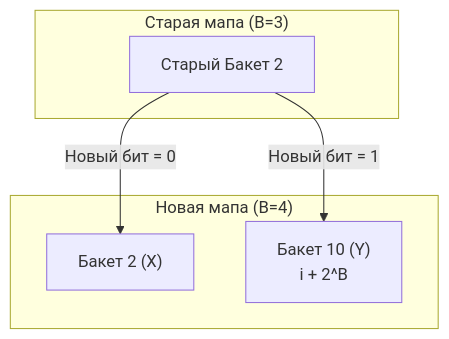
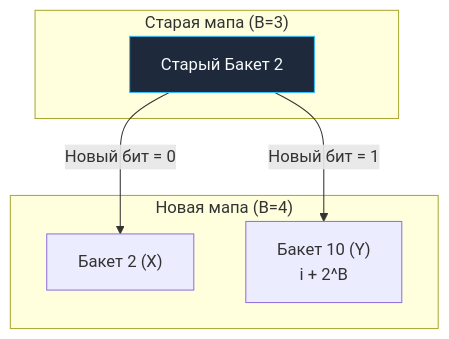
Before and after one commit to UnrealTemplier/go-textbook: the third of 3 diagrams in sources/7. Глубокий Go (Внутреннее устройство)/32. Рост и эвакуация map.md, drawn with Mermaid. The commit also changed other lines of this file and 1666 other files, not shown here.

First line of the commit message:
feat(mermaid): add semantic color classDef to 1369 colorless flowchart/graph diagrams

````diff
--- a/sources/7. Глубокий Go (Внутреннее устройство)/32. Рост и эвакуация map.md
+++ b/sources/7. Глубокий Go (Внутреннее устройство)/32. Рост и эвакуация map.md
@@ -145,14 +155,24 @@
 ```mermaid
 flowchart TD
+    classDef process  fill:#1e293b,stroke:#38bdf8,stroke-width:1px,color:#f8fafc
+    classDef success  fill:#064e3b,stroke:#34d399,stroke-width:1px,color:#f8fafc
+    classDef error    fill:#7f1d1d,stroke:#f87171,stroke-width:1px,color:#f8fafc
+    classDef warning  fill:#78350f,stroke:#fbbf24,stroke-width:1px,color:#f8fafc
+    classDef entry    fill:#1e3a5f,stroke:#38bdf8,stroke-width:2px,color:#f8fafc
+    classDef aux      fill:#334155,stroke:#64748b,stroke-width:1px,color:#f8fafc
+    classDef system   fill:#312e81,stroke:#a78bfa,stroke-width:1px,color:#f8fafc
+    classDef data     fill:#132d29,stroke:#2dd4bf,stroke-width:1px,color:#f8fafc
+    classDef network  fill:#881337,stroke:#fb7185,stroke-width:1px,color:#f8fafc
+    classDef accent   fill:#1e1b4b,stroke:#818cf8,stroke-width:1px,color:#f8fafc
     subgraph OLD_MAP ["Старая мапа (B=3)"]
-        OB2["Старый Бакет 2"]
+        OB2["Старый Бакет 2"]:::process
     end
     
     subgraph NEW_MAP ["Новая мапа (B=4)"]
         XB["Бакет 2 (X)"]
         YB["Бакет 10 (Y)<br>i + 2^B"]
     end
     
     OB2 -->|"Новый бит = 0"| XB
     OB2 -->|"Новый бит = 1"| YB
 ```
````
